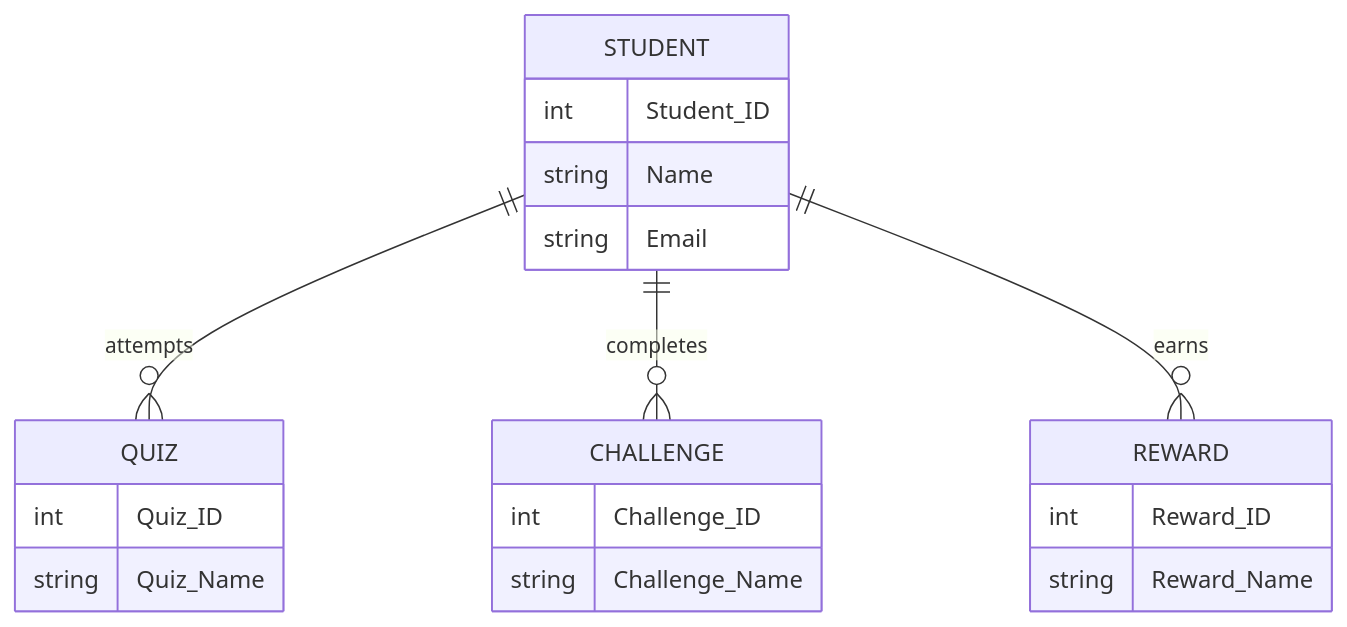
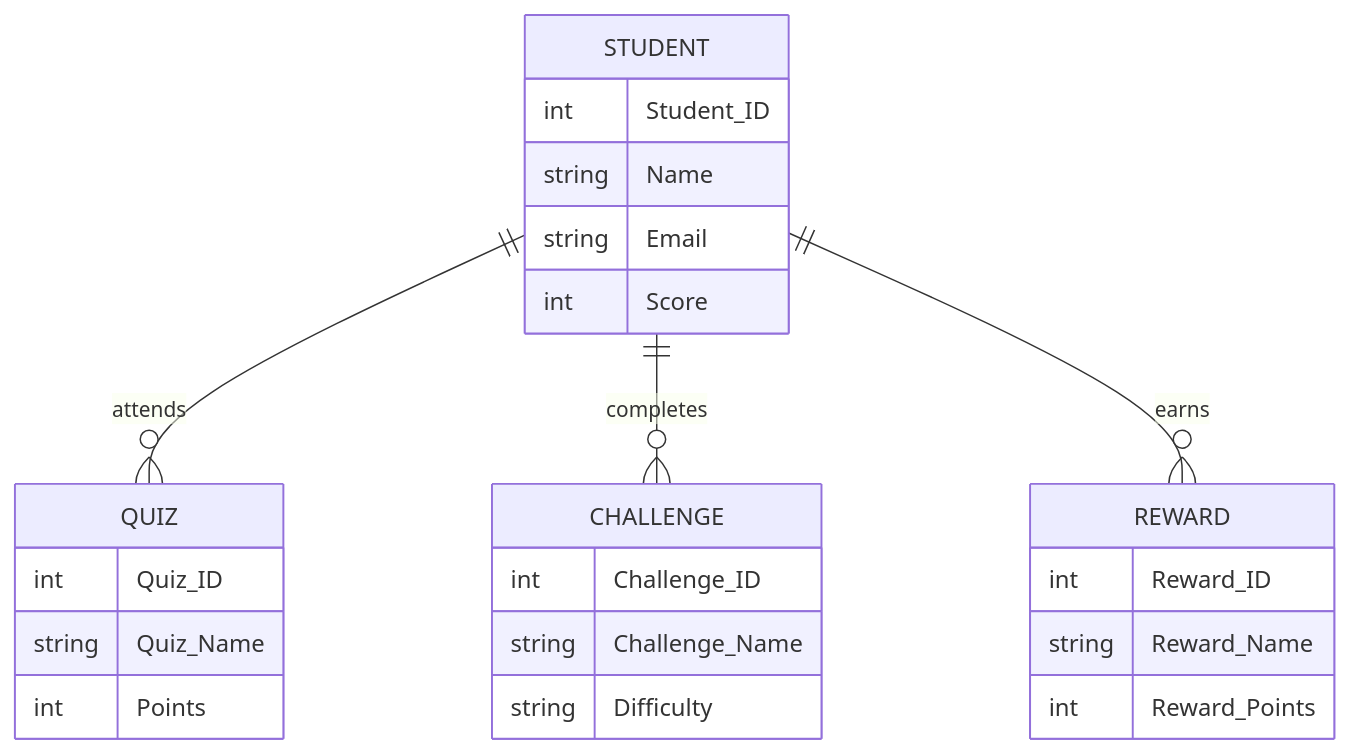
The second of 2 diagrams in README.md (lakshmiyoga55/Gamified-Environmental-Education-Platform-for-Schools-and-Colleges), drawn with Mermaid before and after one commit. The commit also changed other lines of this file, not shown here.

````diff
--- a/README.md
+++ b/README.md
@@ -88,28 +88,32 @@
 ```mermaid
 erDiagram
 
-    STUDENT ||--o{ QUIZ : attempts
+    STUDENT ||--o{ QUIZ : attends
     STUDENT ||--o{ CHALLENGE : completes
     STUDENT ||--o{ REWARD : earns
 
     STUDENT {
         int Student_ID
         string Name
         string Email
+        int Score
     }
 
     QUIZ {
         int Quiz_ID
         string Quiz_Name
+        int Points
     }
 
     CHALLENGE {
         int Challenge_ID
         string Challenge_Name
+        string Difficulty
     }
 
     REWARD {
         int Reward_ID
         string Reward_Name
+        int Reward_Points
     }
 ```
````
